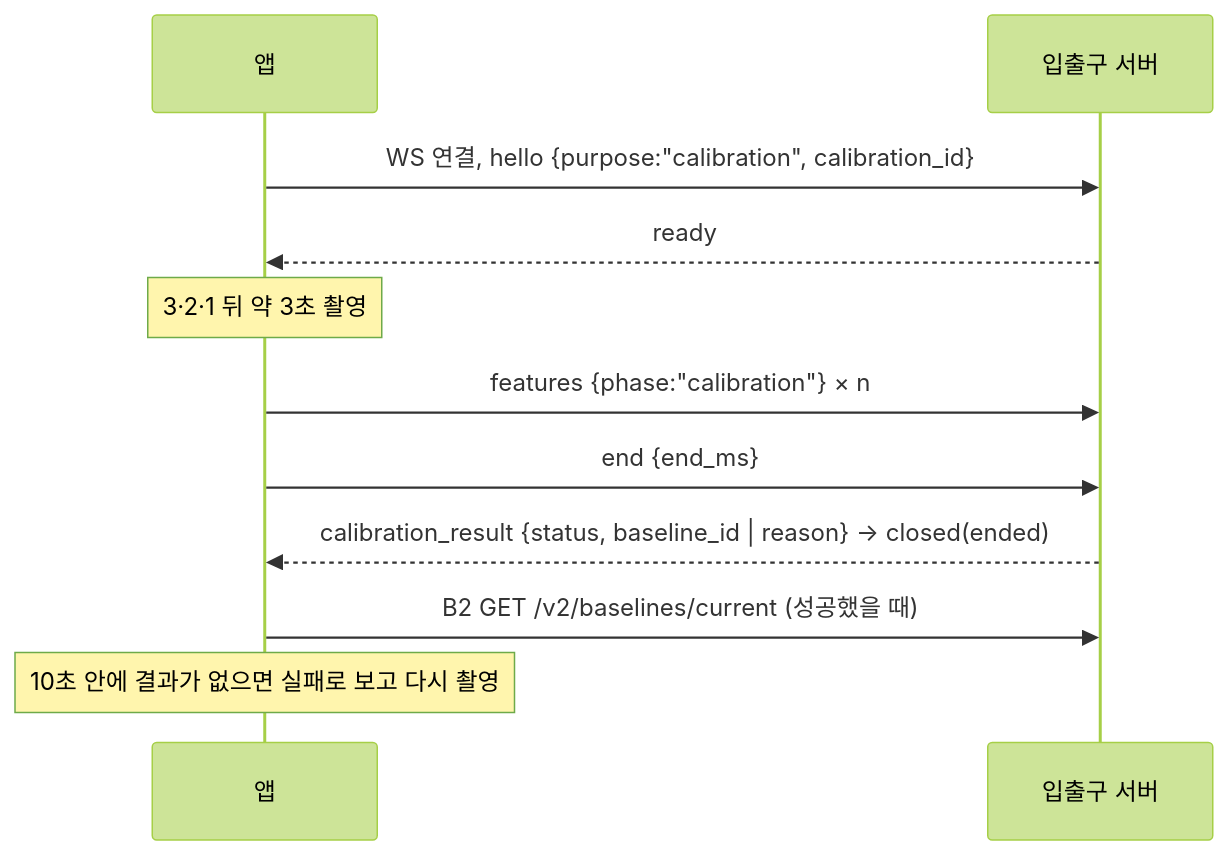
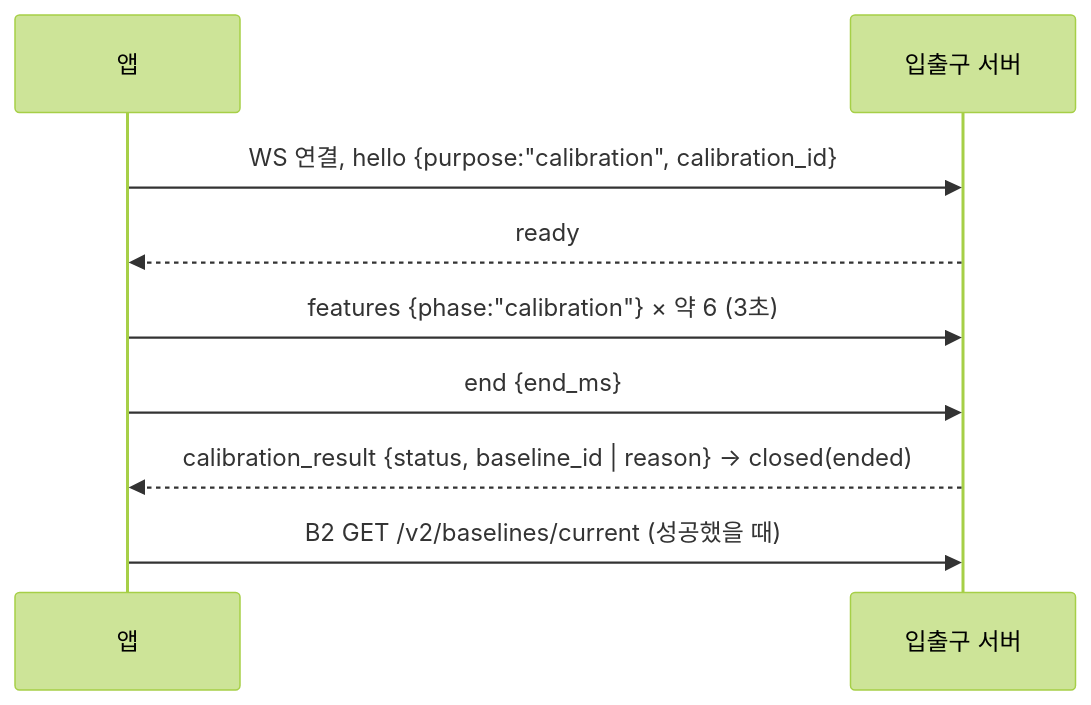
One commit to Jeon-Seho/sitting-posture-corrector changed the second of 2 diagrams in docs/design/api-ws-spec.md. Above: the diagram before and after it, drawn with Mermaid (forest theme). The commit also changed other lines of this file, not shown here.

````diff
--- a/docs/design/api-ws-spec.md
+++ b/docs/design/api-ws-spec.md
@@ -231,13 +271,11 @@
 ```mermaid
 sequenceDiagram
   participant A as 앱
   participant S as 입출구 서버
   A->>S: WS 연결, hello {purpose:"calibration", calibration_id}
   S-->>A: ready
-  Note over A: 3·2·1 뒤 약 3초 촬영
-  A->>S: features {phase:"calibration"} × n
+  A->>S: features {phase:"calibration"} × 약 6 (3초)
   A->>S: end {end_ms}
   S-->>A: calibration_result {status, baseline_id | reason} → closed(ended)
   A->>S: B2 GET /v2/baselines/current (성공했을 때)
-  Note over A: 10초 안에 결과가 없으면 실패로 보고 다시 촬영
 ```
````
